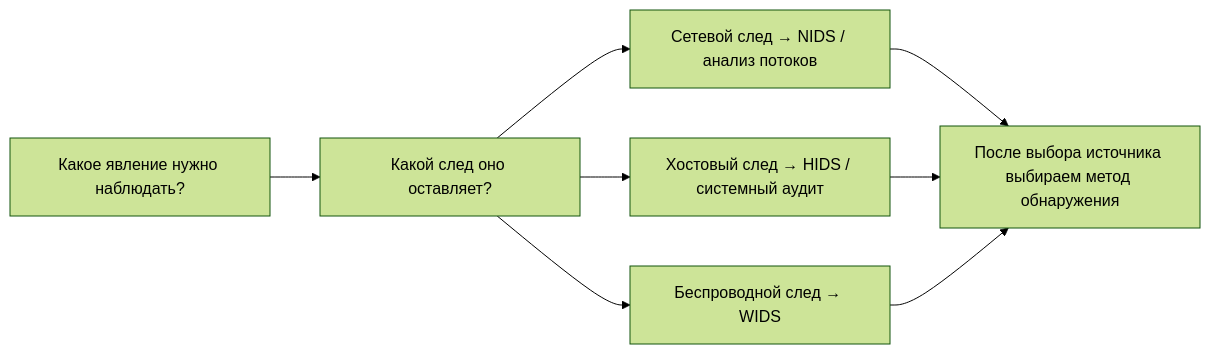
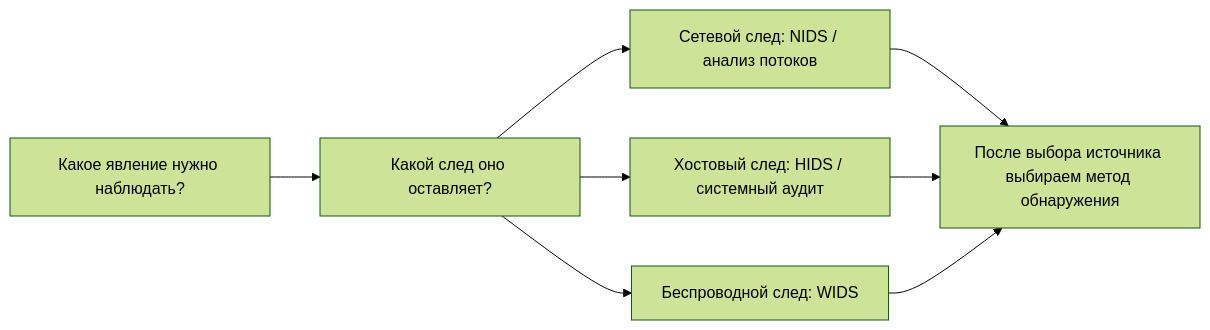
Before and after one commit to 11ndra/spvo: the seventh of 7 diagrams in docs/course/02-classification.md, drawn with Mermaid (forest theme). The commit also changed other lines of this file and 8 other files, not shown here.

````diff
--- a/docs/course/02-classification.md
+++ b/docs/course/02-classification.md
@@ -260,10 +260,10 @@
 ```mermaid
 flowchart LR
-    Q[Какое явление нужно наблюдать?] --> T[Какой след оно оставляет?]
-    T --> N[Сетевой след → NIDS / анализ потоков]
-    T --> H[Хостовый след → HIDS / системный аудит]
-    T --> W[Беспроводной след → WIDS]
-    N --> M[После выбора источника выбираем метод обнаружения]
+    Q["Какое явление нужно наблюдать?"] --> T["Какой след оно оставляет?"]
+    T --> N["Сетевой след: NIDS / анализ потоков"]
+    T --> H["Хостовый след: HIDS / системный аудит"]
+    T --> W["Беспроводной след: WIDS"]
+    N --> M["После выбора источника выбираем метод обнаружения"]
     H --> M
     W --> M
 ```
````
